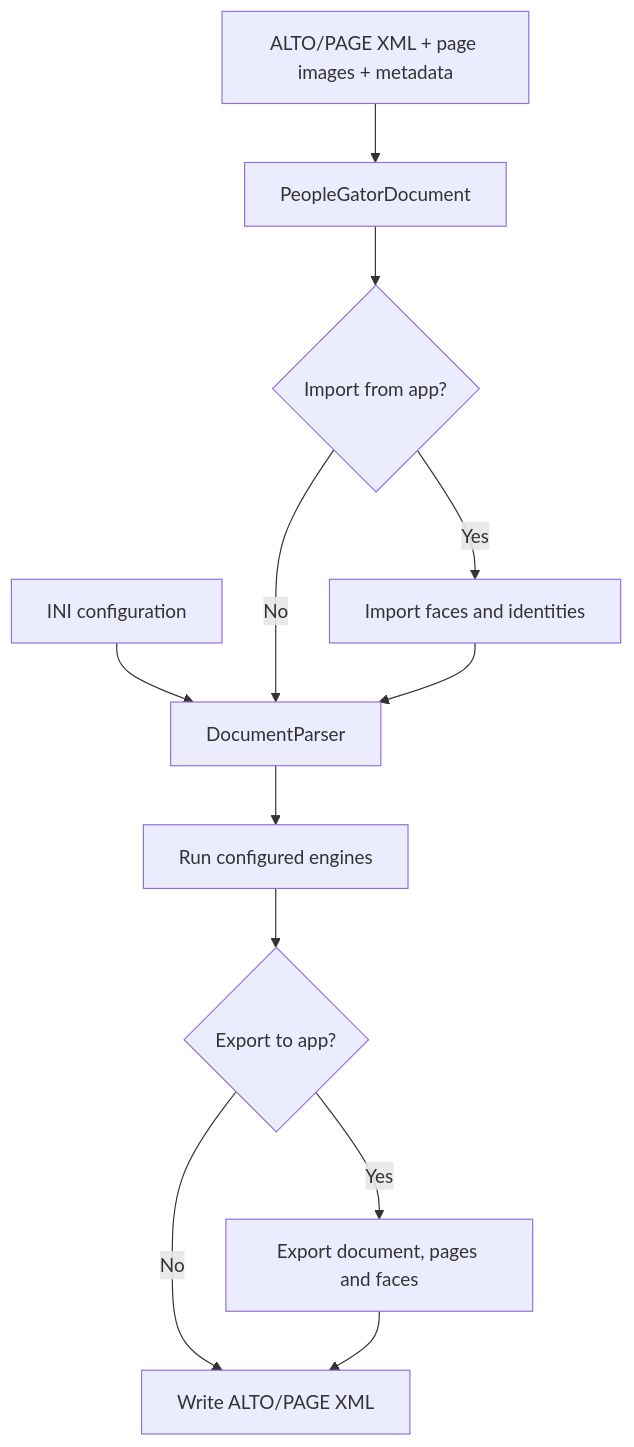
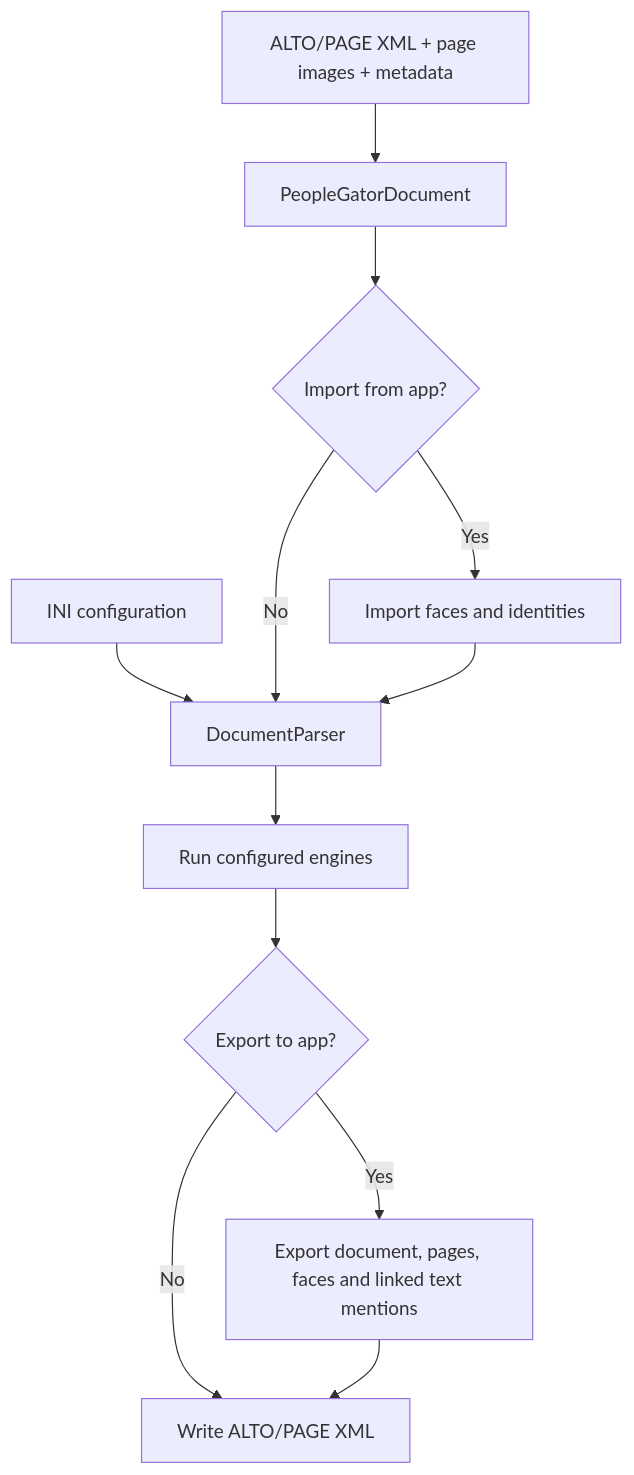
One commit to LIBCAS/PeopleGator changed the second of 3 diagrams in docs/ARCHITECTURE.md. Above: the diagram before and after it, drawn with Mermaid. The commit also changed other lines of this file and 6 other files, not shown here.

Commit message:
Export linked page text mentions to PeopleGatorApp

````diff
--- a/docs/ARCHITECTURE.md
+++ b/docs/ARCHITECTURE.md
@@ -45,14 +45,14 @@
 ```mermaid
 flowchart TD
     CFG["INI configuration"] --> DP["DocumentParser"]
     IN["ALTO/PAGE XML + page images + metadata"] --> DOC["PeopleGatorDocument"]
     DOC --> IMP{"Import from app?"}
     IMP -->|Yes| LOAD["Import faces and identities"]
     IMP -->|No| DP
     LOAD --> DP
     DP --> ENG["Run configured engines"]
     ENG --> EXP{"Export to app?"}
-    EXP -->|Yes| SAVE["Export document, pages and faces"]
+    EXP -->|Yes| SAVE["Export document, pages, faces and linked text mentions"]
     EXP -->|No| XML["Write ALTO/PAGE XML"]
     SAVE --> XML
 ```
````
